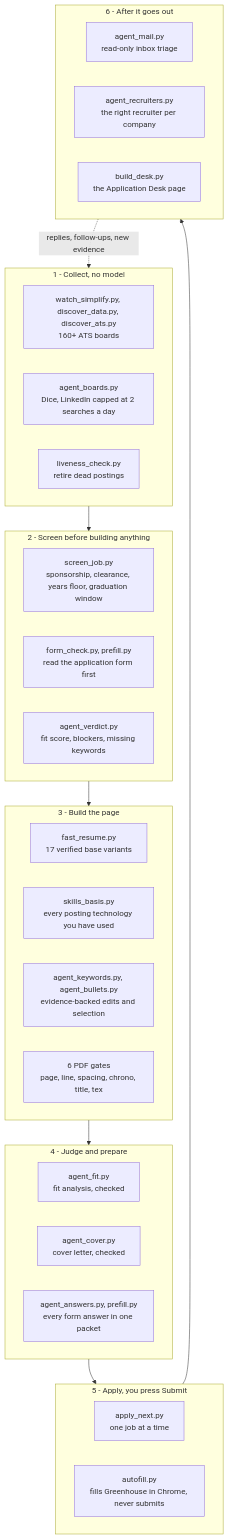
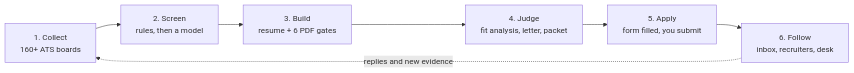
Before and after one commit to srikar0805/career-agent: the diagram in README.md, drawn with Mermaid. The commit also changed other lines of this file, not shown here.

Commit message:
README: a diagram that fits, with the scripts per stage in a table
The six-subgraph flowchart rendered inside GitHub's pan and zoom box, so the
reader saw one stage at a time. Six nodes left to right, and the script names
move into a table under it.

````diff
--- a/README.md
+++ b/README.md
@@ -72,35 +72,9 @@
 ```mermaid
-flowchart TD
-    subgraph collect["1 - Collect, no model"]
-        A1[watch_simplify.py, discover_data.py, discover_ats.py<br/>160+ ATS boards]
-        A2[agent_boards.py<br/>Dice, LinkedIn capped at 2 searches a day]
-        A3[liveness_check.py<br/>retire dead postings]
-    end
-    subgraph screen["2 - Screen before building anything"]
-        B1[screen_job.py<br/>sponsorship, clearance, years floor, graduation window]
-        B2[form_check.py, prefill.py<br/>read the application form first]
-        B3[agent_verdict.py<br/>fit score, blockers, missing keywords]
-    end
-    subgraph build["3 - Build the page"]
-        C1[fast_resume.py<br/>17 verified base variants]
-        C2[skills_basis.py<br/>every posting technology you have used]
-        C3[agent_keywords.py, agent_bullets.py<br/>evidence-backed edits and selection]
-        C4[6 PDF gates<br/>page, line, spacing, chrono, title, tex]
-    end
-    subgraph judge["4 - Judge and prepare"]
-        D1[agent_fit.py<br/>fit analysis, checked]
-        D2[agent_cover.py<br/>cover letter, checked]
-        D3[agent_answers.py, prefill.py<br/>every form answer in one packet]
-    end
-    subgraph apply["5 - Apply, you press Submit"]
-        E1[apply_next.py<br/>one job at a time]
-        E2[autofill.py<br/>fills Greenhouse in Chrome, never submits]
-    end
-    subgraph after["6 - After it goes out"]
-        F1[agent_mail.py<br/>read-only inbox triage]
-        F2[agent_recruiters.py<br/>the right recruiter per company]
-        F3[build_desk.py<br/>the Application Desk page]
-    end
-    collect --> screen --> build --> judge --> apply --> after
-    after -. replies, follow-ups, new evidence .-> collect
+flowchart LR
+    C["1. Collect<br/>160+ ATS boards"] --> S["2. Screen<br/>rules, then a model"]
+    S --> B["3. Build<br/>resume + 6 PDF gates"]
+    B --> J["4. Judge<br/>fit analysis, letter, packet"]
+    J --> A["5. Apply<br/>form filled, you submit"]
+    A --> F["6. Follow<br/>inbox, recruiters, desk"]
+    F -. replies and new evidence .-> C
 ```
````
